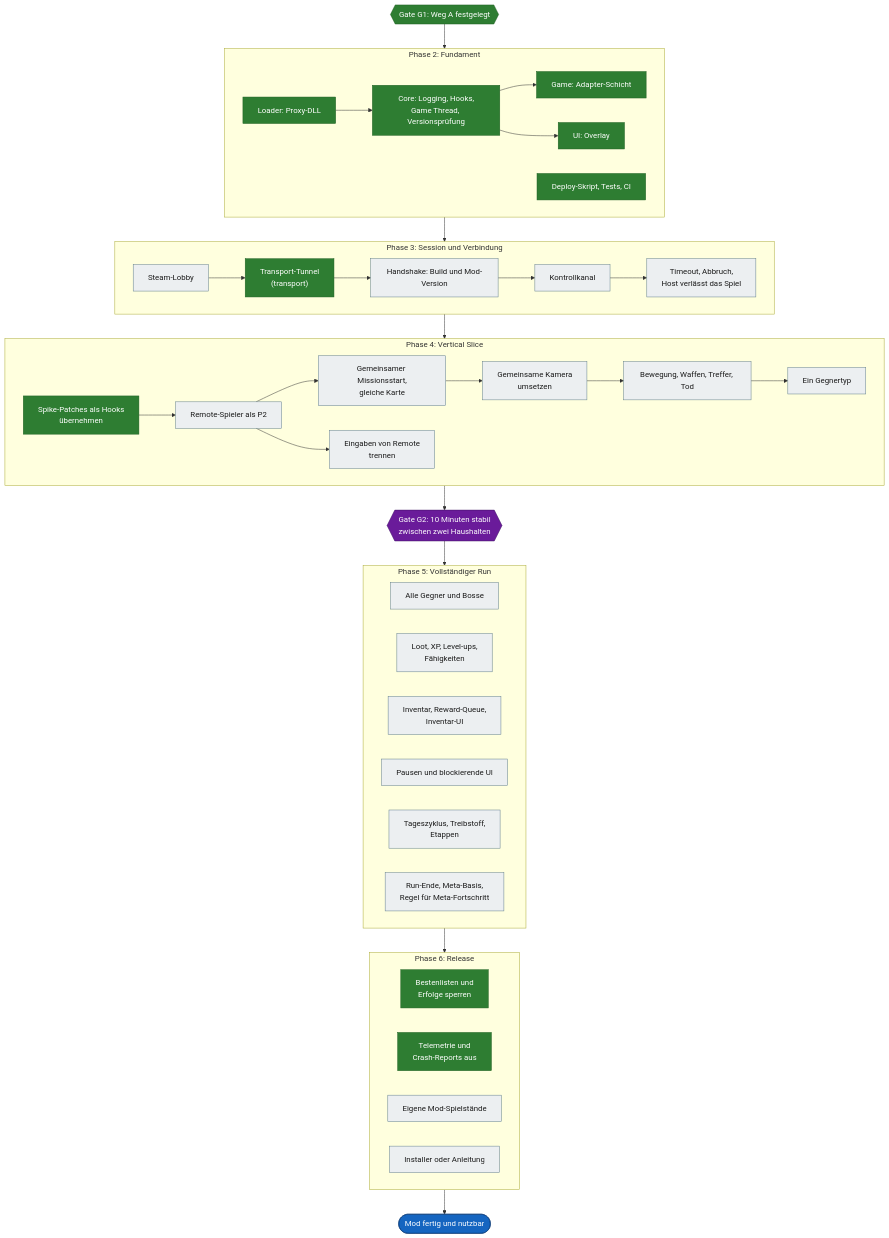
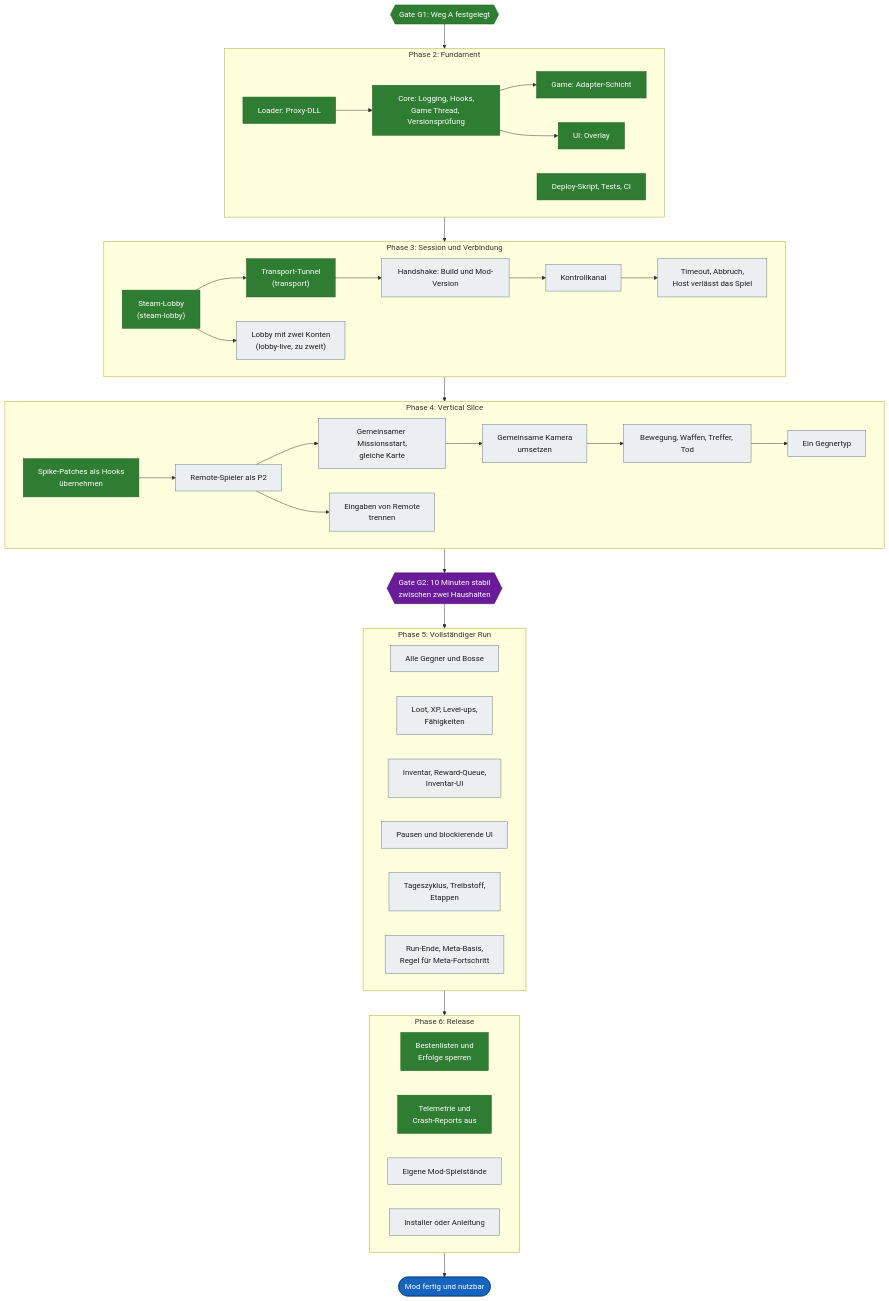
Before and after one commit to VitaminStack/Deadly-Days-Roadtrip-Multiplayer-Mod: the third of 4 diagrams in docs/ROADMAP.md, drawn with Mermaid. The commit also changed 26 other files, not shown here.

First line of the commit message:
steam-lobby: Steam-Lobby der Mod, im Spiel auf einem PC bis Tag 1, Test mit zwei Konten als lobby-live (#83)

````diff
--- a/docs/ROADMAP.md
+++ b/docs/ROADMAP.md
@@ -155,63 +155,65 @@
 ```mermaid
 flowchart TD
     G1{{"Gate G1: Weg A festgelegt"}}:::done
 
     subgraph PH2["Phase 2: Fundament"]
         L["Loader: Proxy-DLL"]:::done
         C["Core: Logging, Hooks,<br/>Game Thread, Versionsprüfung"]:::done
         GA["Game: Adapter-Schicht"]:::done
         U["UI: Overlay"]:::done
         W["Deploy-Skript, Tests, CI"]:::done
         L --> C --> GA
         C --> U
     end
 
     subgraph PH3["Phase 3: Session und Verbindung"]
-        LO["Steam-Lobby"]:::open
+        LO["Steam-Lobby<br/>(steam-lobby)"]:::done
+        LL["Lobby mit zwei Konten<br/>(lobby-live, zu zweit)"]:::open
         TN["Transport-Tunnel<br/>(transport)"]:::done
         HS["Handshake: Build und Mod-Version"]:::open
         FE["Timeout, Abbruch,<br/>Host verlässt das Spiel"]:::open
         KK["Kontrollkanal"]:::open
         LO --> TN --> HS --> KK --> FE
+        LO --> LL
     end
 
     subgraph PH4["Phase 4: Vertical Slice"]
         SH["Spike-Patches als Hooks<br/>übernehmen"]:::done
         R2["Remote-Spieler als P2"]:::open
         MS["Gemeinsamer Missionsstart,<br/>gleiche Karte"]:::open
         KM["Gemeinsame Kamera<br/>umsetzen"]:::open
         KA["Bewegung, Waffen, Treffer, Tod"]:::open
         GT["Ein Gegnertyp"]:::open
         EI["Eingaben von Remote<br/>trennen"]:::open
         SH --> R2 --> MS --> KM --> KA --> GT
         R2 --> EI
     end
 
     G2{{"Gate G2: 10 Minuten stabil<br/>zwischen zwei Haushalten"}}:::gate
 
     subgraph PH5["Phase 5: Vollständiger Run"]
         GE["Alle Gegner und Bosse"]:::open
         XP["Loot, XP, Level-ups,<br/>Fähigkeiten"]:::open
         IV["Inventar, Reward-Queue,<br/>Inventar-UI"]:::open
         PU["Pausen und blockierende UI"]:::open
         TG["Tageszyklus, Treibstoff,<br/>Etappen"]:::open
         ME["Run-Ende, Meta-Basis,<br/>Regel für Meta-Fortschritt"]:::open
     end
 
     subgraph PH6["Phase 6: Release"]
         SB["Bestenlisten und<br/>Erfolge sperren"]:::done
         TE["Telemetrie und<br/>Crash-Reports aus"]:::done
         SV["Eigene Mod-Spielstände"]:::open
         IN["Installer oder Anleitung"]:::open
     end
 
     Z(["Mod fertig und nutzbar"]):::goal
 
     G1 --> PH2 --> PH3 --> PH4 --> G2 --> PH5 --> PH6 --> Z
 
     classDef done fill:#2e7d32,stroke:#1b5e20,color:#ffffff
     classDef wip fill:#f9a825,stroke:#b27a00,color:#1a1a1a
     classDef open fill:#eceff1,stroke:#607d8b,color:#1a1a1a
     classDef gate fill:#6a1b9a,stroke:#3e1163,color:#ffffff
     classDef goal fill:#1565c0,stroke:#0d3c78,color:#ffffff
 ```
````
